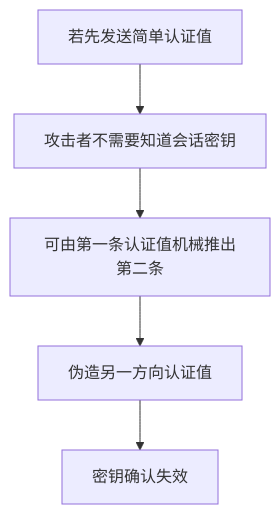
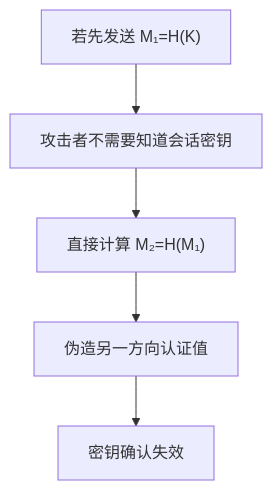
Before and after one commit to 22mouseok-crypto/obsidian-vault: diagram 13 of 21 in 大三下/密码协议/密码协议期末复习-Obsidian视觉版.md, drawn with Mermaid. The commit also changed other lines of this file, not shown here.

````diff
--- a/大三下/密码协议/密码协议期末复习-Obsidian视觉版.md
+++ b/大三下/密码协议/密码协议期末复习-Obsidian视觉版.md
@@ -496,7 +496,7 @@
 ```mermaid
 flowchart TD
-    A[若先发送简单认证值] --> B[攻击者不需要知道会话密钥]
-    B --> C[可由第一条认证值机械推出第二条]
+    A["若先发送 M₁=H(K)"] --> B[攻击者不需要知道会话密钥]
+    B --> C["直接计算 M₂=H(M₁)"]
     C --> D[伪造另一方向认证值]
     D --> E[密钥确认失效]
 ```
````
